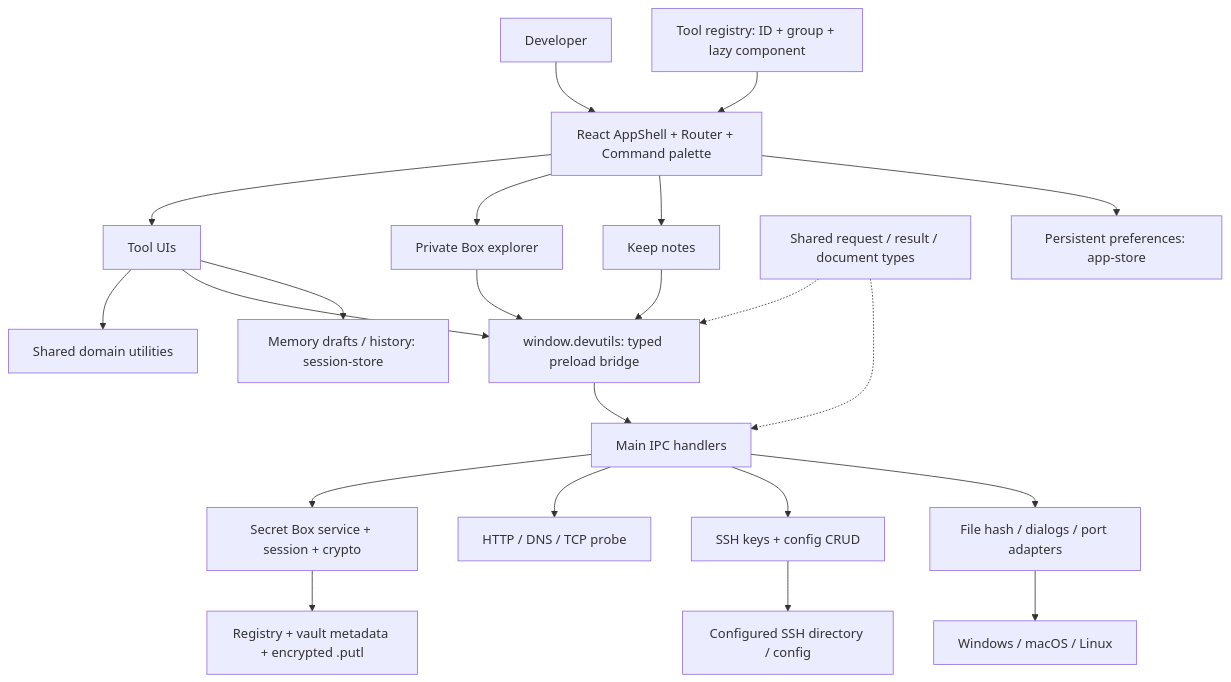
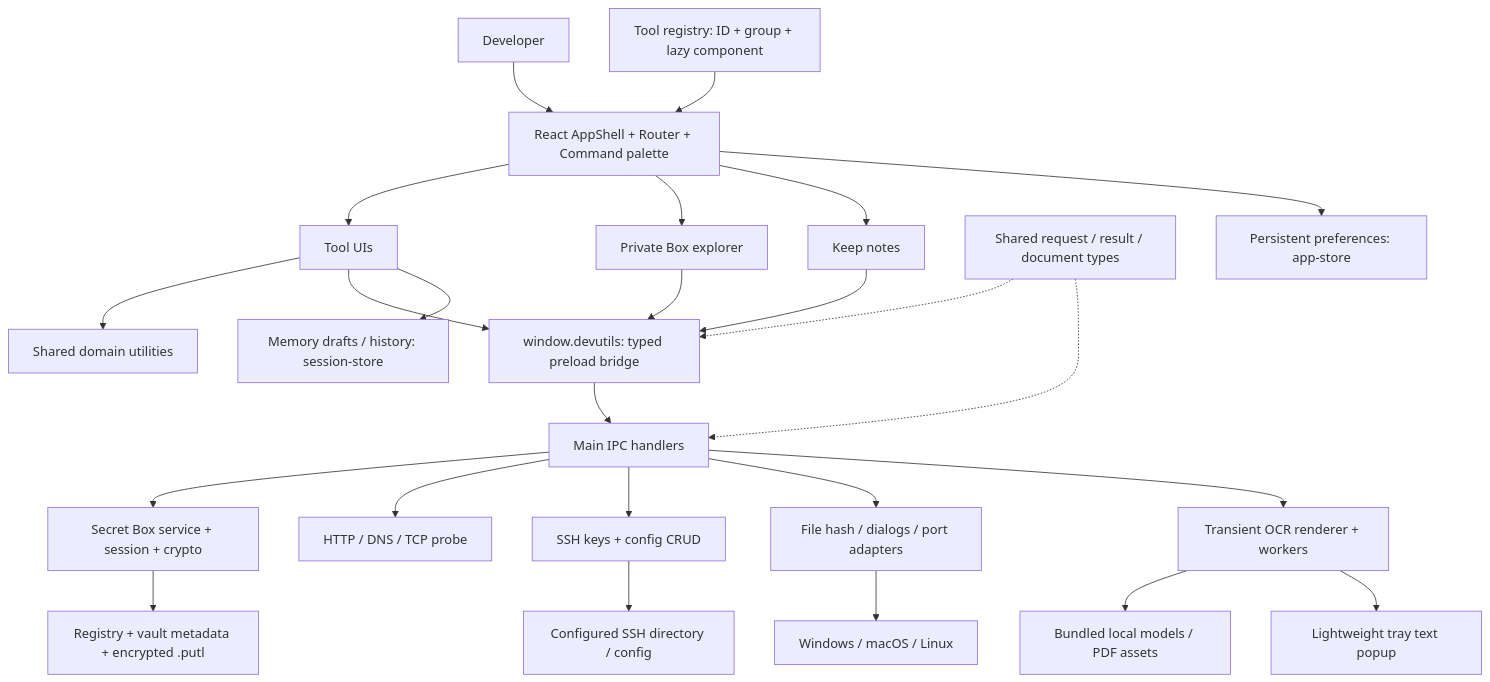
Before and after one commit to tdphatstudy/dev-utils: the first of 4 diagrams in docs/architecture.md, drawn with Mermaid. The commit also changed other lines of this file and 154 other files, not shown here.

First line of the commit message:
feat: expand DevFusion with tray, OCR and mock API

````diff
--- a/docs/architecture.md
+++ b/docs/architecture.md
@@ -21,24 +23,27 @@
 ```mermaid
 flowchart TB
   User[Developer] --> Shell[React AppShell + Router + Command palette]
   Registry[Tool registry: ID + group + lazy component] --> Shell
   Shell --> Tools[Tool UIs]
   Shell --> Box[Private Box explorer]
   Shell --> Keep[Keep notes]
   Tools --> Shared[Shared domain utilities]
   Tools --> Bridge[window.devutils: typed preload bridge]
   Box --> Bridge
   Keep --> Bridge
   Bridge --> IPC[Main IPC handlers]
   Contracts[Shared request / result / document types] -.-> Bridge
   Contracts -.-> IPC
   IPC --> Vault[Secret Box service + session + crypto]
   IPC --> Net[HTTP / DNS / TCP probe]
   IPC --> SSH[SSH keys + config CRUD]
   IPC --> OS[File hash / dialogs / port adapters]
+  IPC --> OCR[Transient OCR renderer + workers]
+  OCR --> Models[Bundled local models / PDF assets]
+  OCR --> OcrPopup[Lightweight tray text popup]
   Vault --> Disk[Registry + vault metadata + encrypted .putl]
   SSH --> SshDisk[Configured SSH directory / config]
   OS --> Platforms[Windows / macOS / Linux]
   Shell --> Settings[Persistent preferences: app-store]
   Tools --> Session[Memory drafts / history: session-store]
 ```
````
